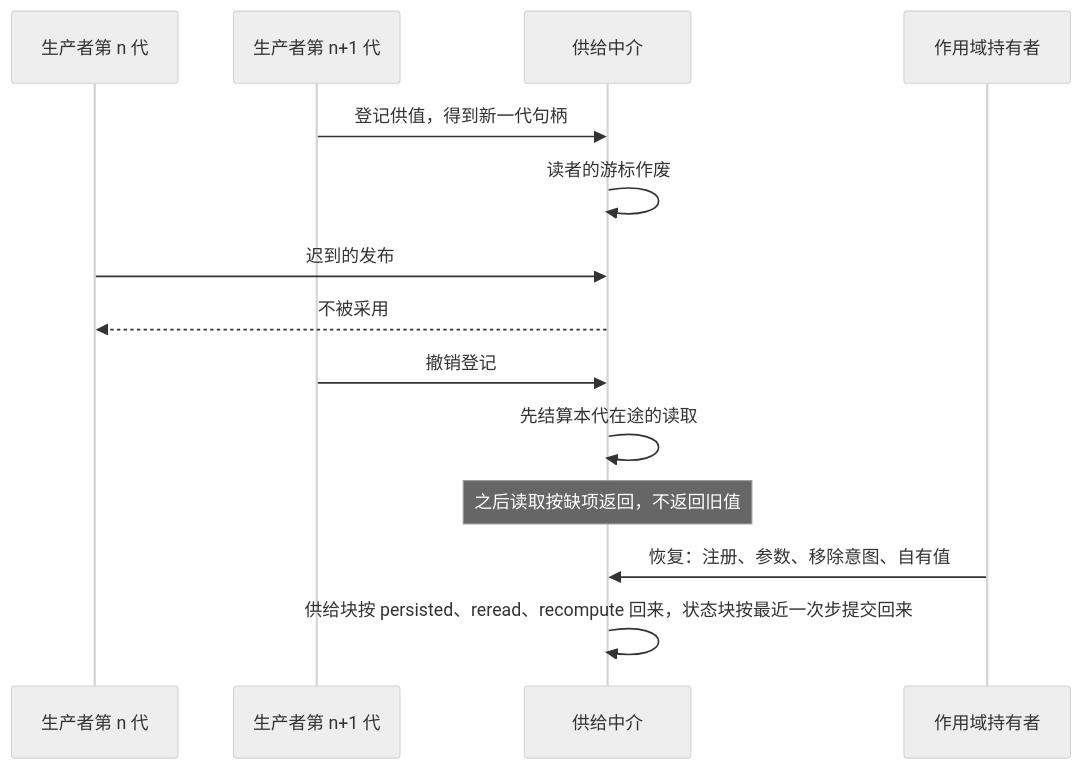
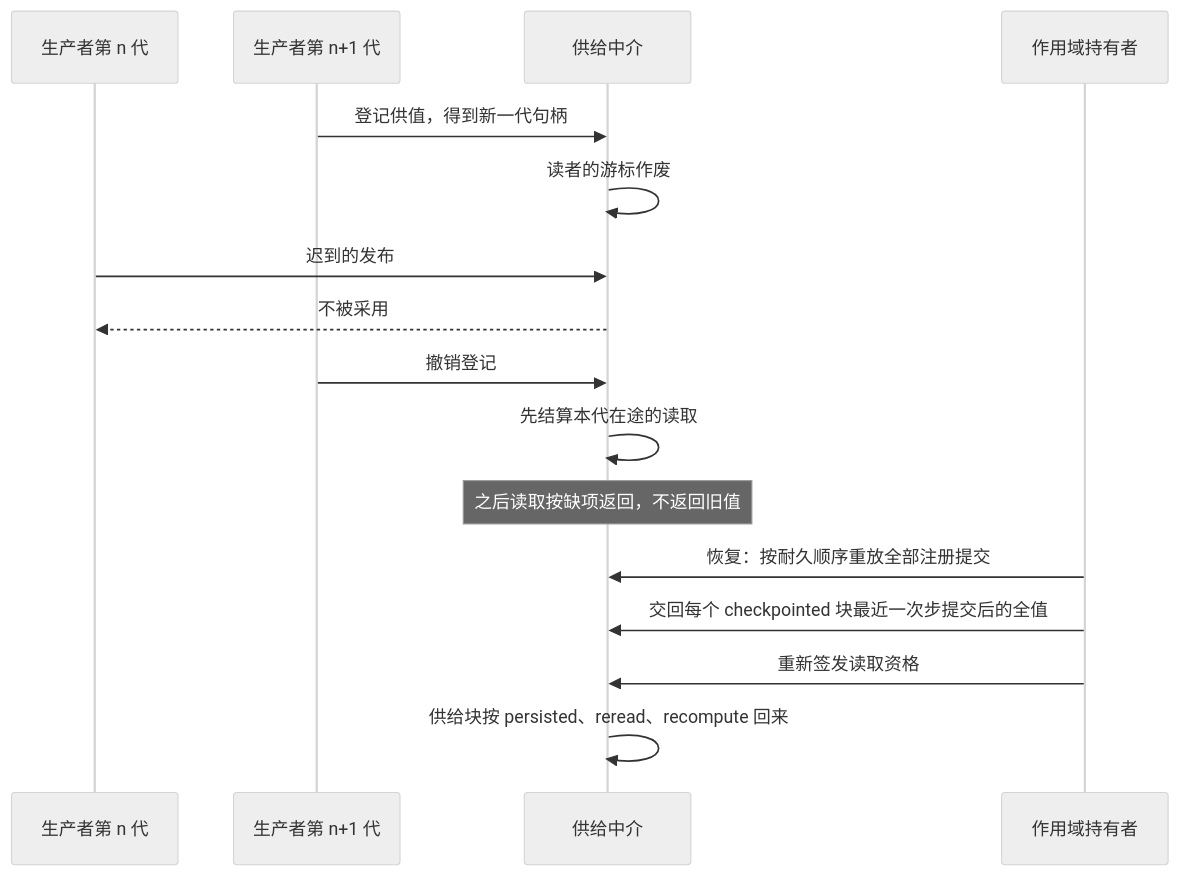
The eighth of 8 diagrams in packages/context/runtime-context-contract/docs/flows.md (nemori-ai/omne-harness-lite), drawn with Mermaid (neutral theme) before and after one commit. The commit also changed other lines of this file and 68 other files, not shown here.

````diff
--- a/packages/context/runtime-context-contract/docs/flows.md
+++ b/packages/context/runtime-context-contract/docs/flows.md
@@ -239,16 +254,18 @@
 ```mermaid
 sequenceDiagram
   participant P1 as 生产者第 n 代
   participant P2 as 生产者第 n+1 代
   participant M as 供给中介
   participant H as 作用域持有者
   P2->>M: 登记供值，得到新一代句柄
   M->>M: 读者的游标作废
   P1->>M: 迟到的发布
   M-->>P1: 不被采用
   P2->>M: 撤销登记
   M->>M: 先结算本代在途的读取
   Note over M: 之后读取按缺项返回，不返回旧值
-  H->>M: 恢复：注册、参数、移除意图、自有值
-  M->>M: 供给块按 persisted、reread、recompute 回来，状态块按最近一次步提交回来
+  H->>M: 恢复：按耐久顺序重放全部注册提交
+  H->>M: 交回每个 checkpointed 块最近一次步提交后的全值
+  H->>M: 重新签发读取资格
+  M->>M: 供给块按 persisted、reread、recompute 回来
 ```
````
